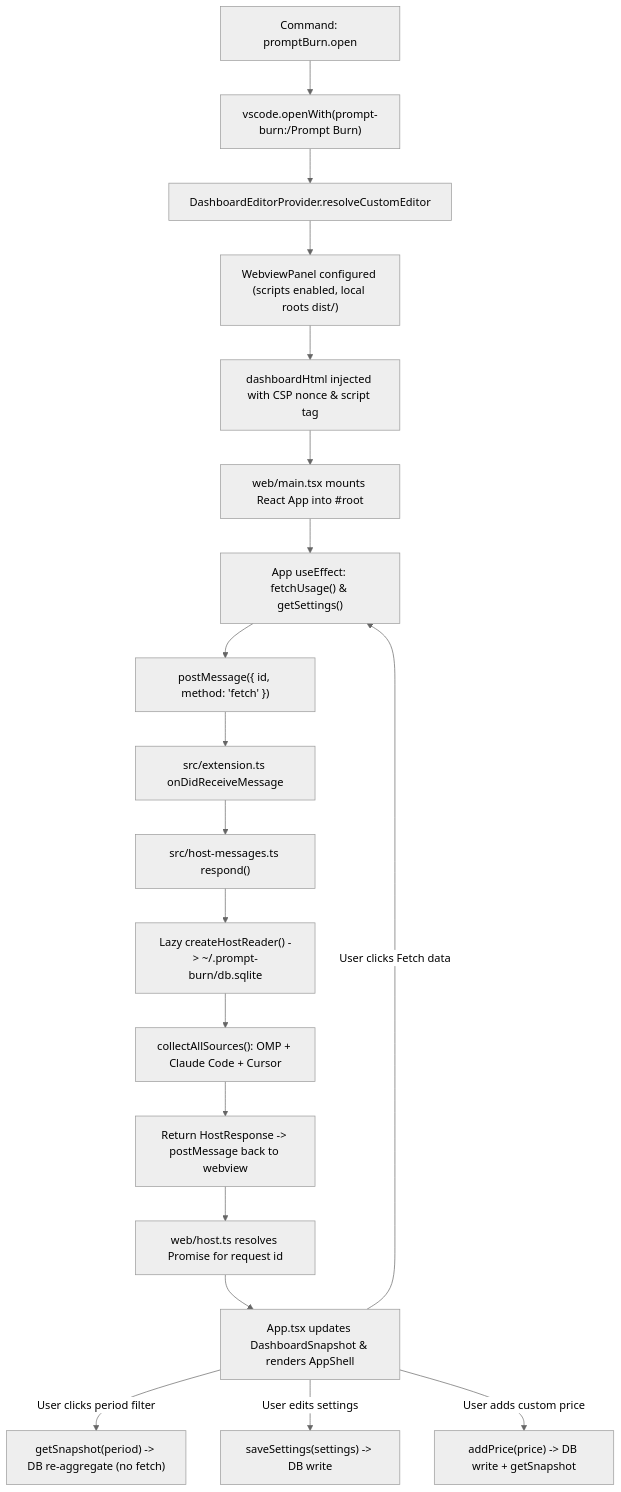
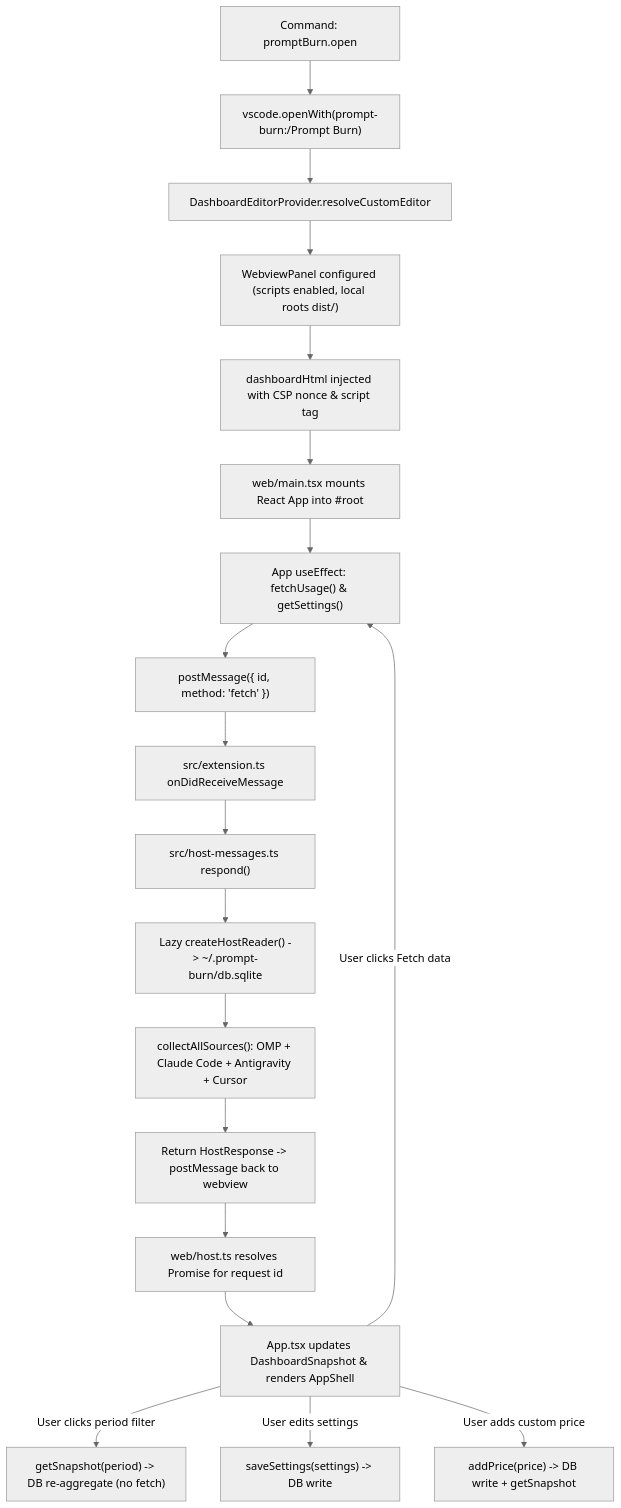
Before and after one commit to prajwal-hebbar-07/prompt-burn: the diagram in docs/architecture/10-vscode-extension.md, drawn with Mermaid (neutral theme). The commit also changed other lines of this file and 14 other files, not shown here.

````diff
--- a/docs/architecture/10-vscode-extension.md
+++ b/docs/architecture/10-vscode-extension.md
@@ -107,21 +114,21 @@
 ```mermaid
 flowchart TD
     A["Command: promptBurn.open"] --> B["vscode.openWith(prompt-burn:/Prompt Burn)"]
     B --> C["DashboardEditorProvider.resolveCustomEditor"]
     C --> D["WebviewPanel configured (scripts enabled, local roots dist/)"]
     D --> E["dashboardHtml injected with CSP nonce & script tag"]
     E --> F["web/main.tsx mounts React App into #root"]
     F --> G["App useEffect: fetchUsage() & getSettings()"]
     G --> H["postMessage({ id, method: 'fetch' })"]
     H --> I["src/extension.ts onDidReceiveMessage"]
     I --> J["src/host-messages.ts respond()"]
     J --> K["Lazy createHostReader() -> ~/.prompt-burn/db.sqlite"]
-    K --> L["collectAllSources(): OMP + Claude Code + Cursor"]
+    K --> L["collectAllSources(): OMP + Claude Code + Antigravity + Cursor"]
     L --> M["Return HostResponse -> postMessage back to webview"]
     M --> N["web/host.ts resolves Promise for request id"]
     N --> O["App.tsx updates DashboardSnapshot & renders AppShell"]
     O -- "User clicks period filter" --> P["getSnapshot(period) -> DB re-aggregate (no fetch)"]
     O -- "User clicks Fetch data" --> G
     O -- "User edits settings" --> Q["saveSettings(settings) -> DB write"]
     O -- "User adds custom price" --> R["addPrice(price) -> DB write + getSnapshot"]
 ```
````
